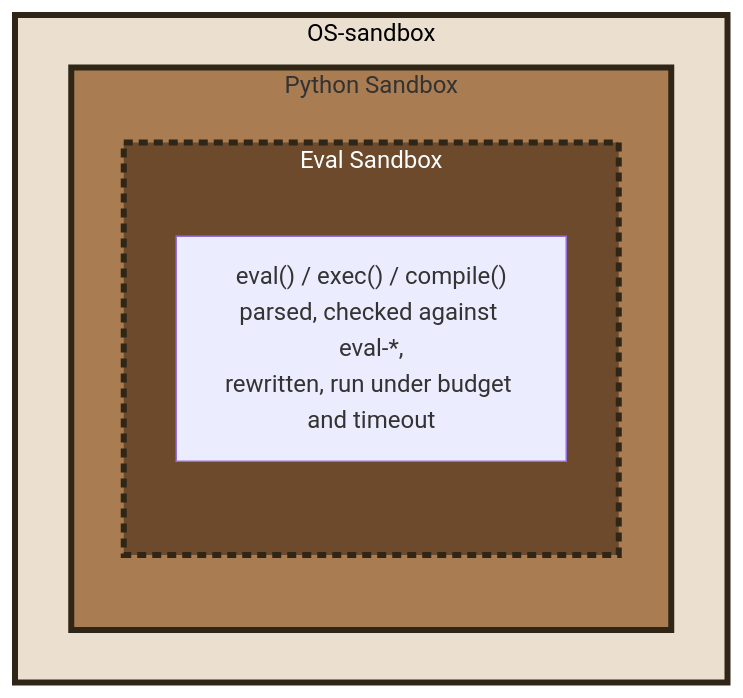
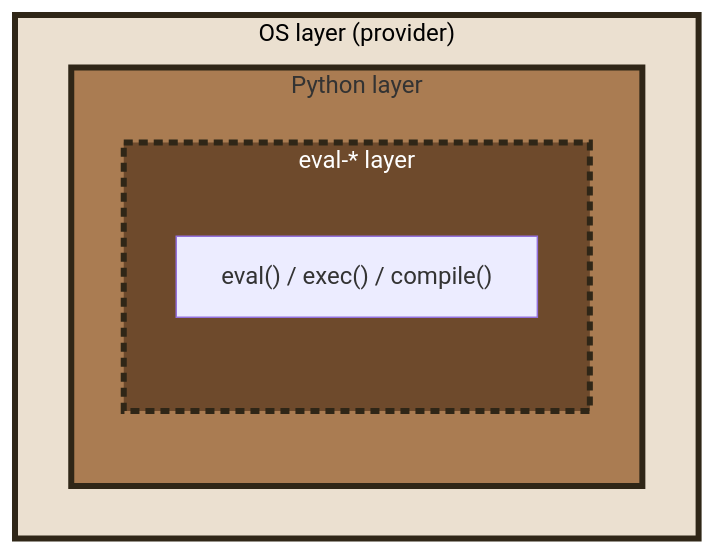
Before and after one commit to pprados/pysandboxes: the diagram in README.md, drawn with Mermaid. The commit also changed other lines of this file and 6 other files, not shown here.

````diff
--- a/README.md
+++ b/README.md
@@ -393,16 +83,14 @@
 ```mermaid
 flowchart TD
-    subgraph OSSandbox ["OS-sandbox"]
-        subgraph PythonSandbox ["Python Sandbox"]
-            subgraph DynamicCode ["Eval Sandbox"]
-                D["eval() / exec() / compile()<br/>parsed, checked against eval-*,<br/>rewritten, run under budget and timeout"]
+    subgraph OSSandbox ["OS layer (provider)"]
+        subgraph PythonSandbox ["Python layer"]
+            subgraph DynamicCode ["eval-* layer"]
+                D["eval() / exec() / compile()"]
             end
         end
     end
 
-
-%% Custom style for OSSandbox
 style OSSandbox fill:#ebe0d0,stroke:#2f2617,stroke-width:4px,color:#000000
 style PythonSandbox fill:#aa7c52,stroke:#2f2617,stroke-width:4px
 style DynamicCode fill:#6e4a2c,stroke:#2f2617,stroke-width:4px,stroke-dasharray:6 4,color:#ffffff
 ```
````
